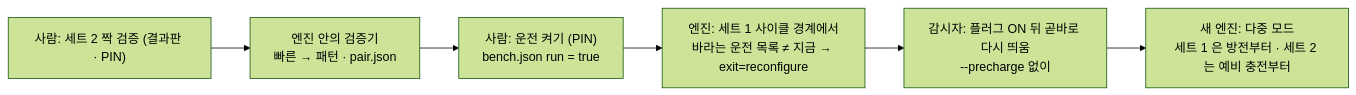
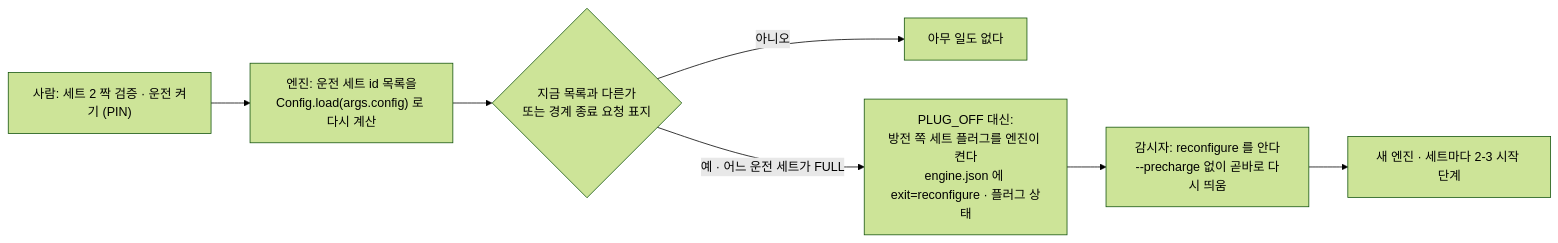
Before and after one commit to GeonwooKim-fitogether/QA-Automation-Test-Room: the fifth of 6 diagrams in cell-bench/docs/design/multi-set-plan.md, drawn with Mermaid (forest theme). The commit also changed other lines of this file, not shown here.

````diff
--- a/cell-bench/docs/design/multi-set-plan.md
+++ b/cell-bench/docs/design/multi-set-plan.md
@@ -222,8 +232,9 @@
 ```mermaid
 flowchart LR
-  A["사람: 세트 2 짝 검증 (결과판 · PIN)"] --> B["엔진 안의 검증기<br/>빠른 → 패턴 · pair.json"]
-  B --> C["사람: 운전 켜기 (PIN)<br/>bench.json run = true"]
-  C --> D["엔진: 세트 1 사이클 경계에서<br/>바라는 운전 목록 ≠ 지금 → exit=reconfigure"]
-  D --> E["감시자: 플러그 ON 뒤 곧바로 다시 띄움<br/>--precharge 없이"]
-  E --> F["새 엔진: 다중 모드<br/>세트 1 은 방전부터 · 세트 2 는 예비 충전부터"]
+  A["사람: 세트 2 짝 검증 · 운전 켜기 (PIN)"] --> B["엔진: 운전 세트 id 목록을<br/>Config.load(args.config) 로 다시 계산"]
+  B --> C{"지금 목록과 다른가<br/>또는 경계 종료 요청 표지"}
+  C -- "아니오" --> X["아무 일도 없다"]
+  C -- "예 · 어느 운전 세트가 FULL" --> D["PLUG_OFF 대신:<br/>방전 쪽 세트 플러그를 엔진이 켠다<br/>engine.json 에 exit=reconfigure · 플러그 상태"]
+  D --> E["감시자: reconfigure 를 안다<br/>--precharge 없이 곧바로 다시 띄움"]
+  E --> F["새 엔진 · 세트마다 2-3 시작 단계"]
 ```
````
